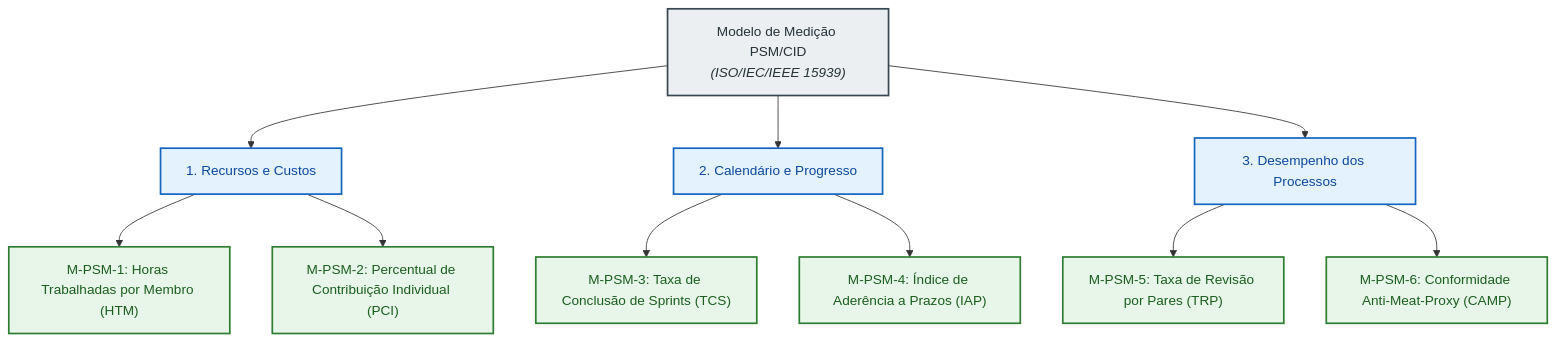
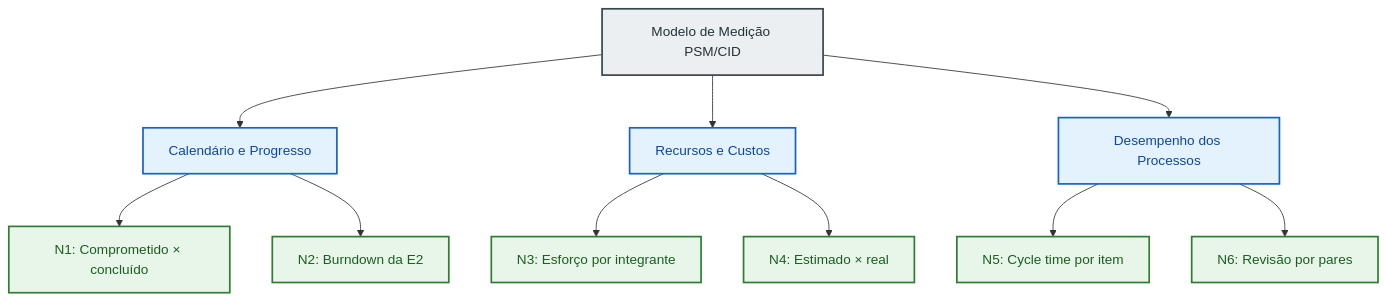
The diagram in documentation/content/gestao.md (FCTE-Qualidade-de-Software-1/2026-2_T02_FRANS_BILAS), drawn with Mermaid before and after one commit. The commit also changed other lines of this file and 2 other files, not shown here.

First line of the commit message:
docs(gestao): adequa medicao ao PSM/CID e adiciona TCLE da Fase 3

````diff
--- a/documentation/content/gestao.md
+++ b/documentation/content/gestao.md
@@ -19,29 +43,29 @@
 ```mermaid
 flowchart TD
-    PSM["Modelo de Medição PSM/CID<br/><i>(ISO/IEC/IEEE 15939)</i>"]
+    PSM["Modelo de Medição PSM/CID"]
 
-    C1["1. Recursos e Custos"]
-    C2["2. Calendário e Progresso"]
-    C3["3. Desempenho dos Processos"]
+    C1["Calendário e Progresso"]
+    C2["Recursos e Custos"]
+    C3["Desempenho dos Processos"]
 
     PSM --> C1
     PSM --> C2
     PSM --> C3
 
-    C1 --> M1["M-PSM-1: Horas Trabalhadas por Membro (HTM)"]
-    C1 --> M2["M-PSM-2: Percentual de Contribuição Individual (PCI)"]
+    C1 --> N1["N1: Comprometido × concluído"]
+    C1 --> N2["N2: Burndown da E2"]
 
-    C2 --> M3["M-PSM-3: Taxa de Conclusão de Sprints (TCS)"]
-    C2 --> M4["M-PSM-4: Índice de Aderência a Prazos (IAP)"]
+    C2 --> N3["N3: Esforço por integrante"]
+    C2 --> N4["N4: Estimado × real"]
 
-    C3 --> M5["M-PSM-5: Taxa de Revisão por Pares (TRP)"]
-    C3 --> M6["M-PSM-6: Conformidade Anti-Meat-Proxy (CAMP)"]
+    C3 --> N5["N5: Cycle time por item"]
+    C3 --> N6["N6: Revisão por pares"]
 
     classDef psm fill:#ECEFF1,stroke:#37474F,stroke-width:2px,color:#263238;
     classDef cat fill:#E3F2FD,stroke:#1565C0,stroke-width:2px,color:#0D47A1;
     classDef met fill:#E8F5E9,stroke:#2E7D32,stroke-width:2px,color:#1B5E20;
 
     class PSM psm;
     class C1,C2,C3 cat;
-    class M1,M2,M3,M4,M5,M6 met;
+    class N1,N2,N3,N4,N5,N6 met;
 ```
````
